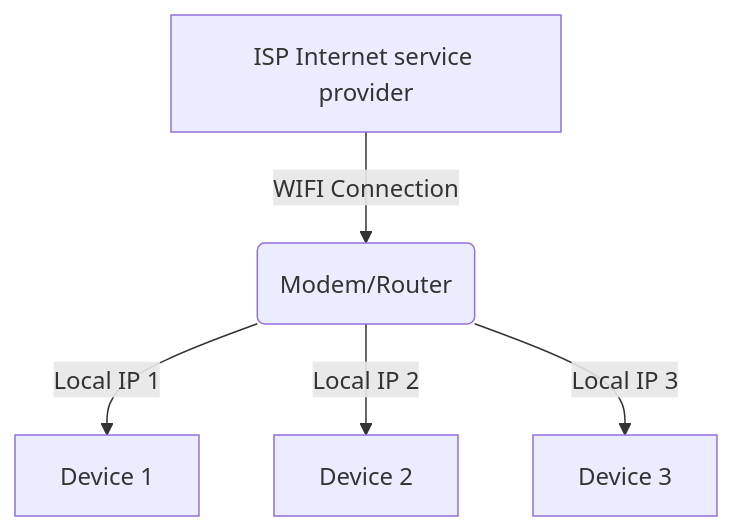
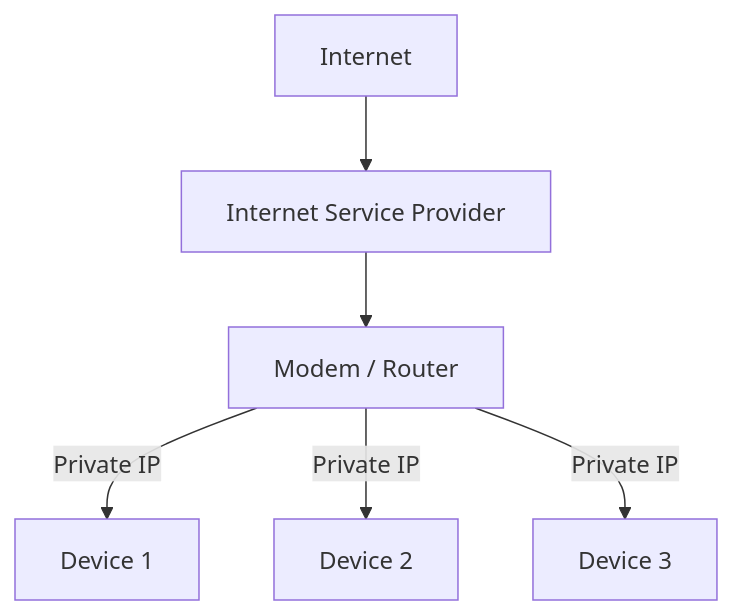
The third of 9 diagrams in 01.md (aswath0001/Internet-Networking), drawn with Mermaid before and after one commit. The commit also changed other lines of this file, not shown here.

````diff
--- a/01.md
+++ b/01.md
@@ -55,8 +101,8 @@
-   ```mermaid
+``` mermaid
 flowchart TD
-    A[ISP Internet service provider] -->|WIFI Connection| B(Modem/Router)
-    
-    B-->|Local IP 1| D[Device 1]
-    B -->|Local IP 2| E[Device 2]
-    B -->|Local IP 3| F[Device 3]
-   ```
+    I[Internet] --> ISP[Internet Service Provider]
+    ISP --> R[Modem / Router]
+    R -->|Private IP| A[Device 1]
+    R -->|Private IP| B[Device 2]
+    R -->|Private IP| C[Device 3]
+```
````
